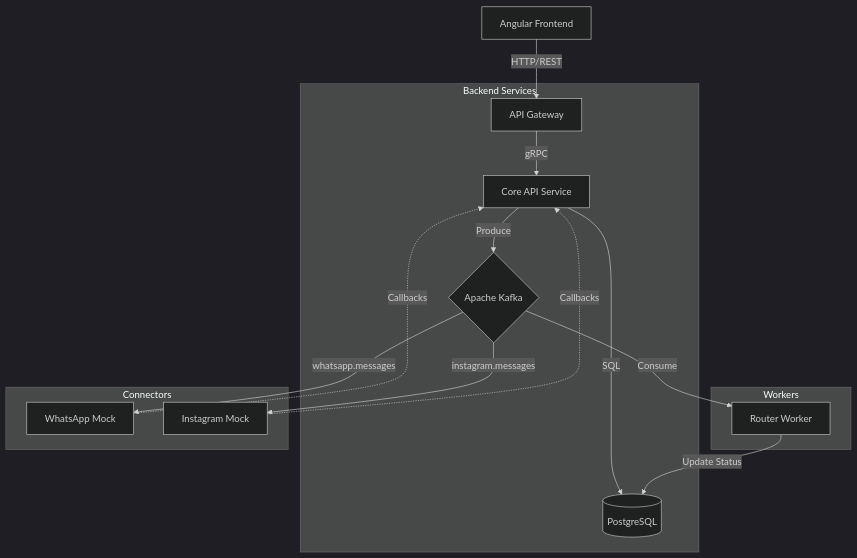
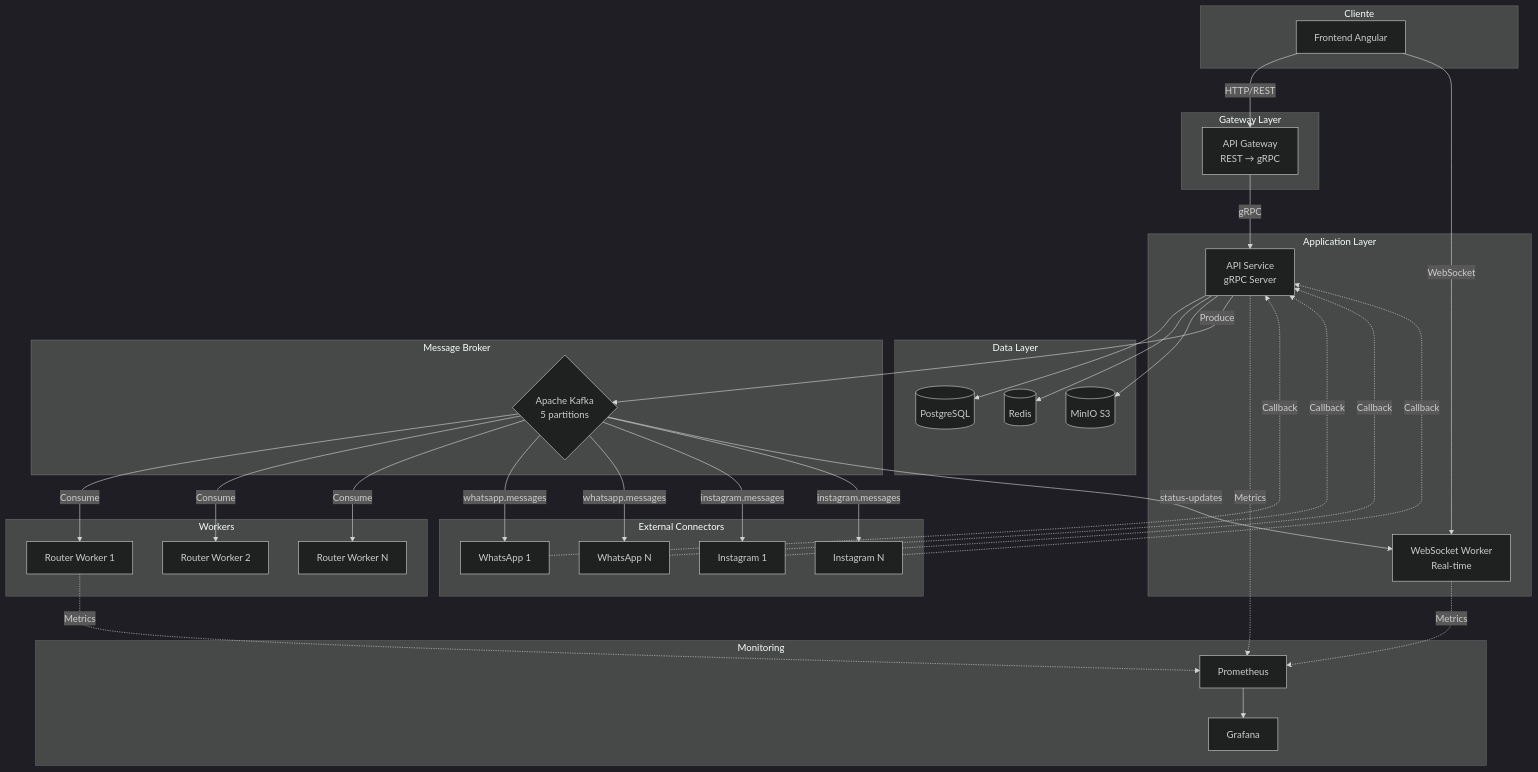
One commit to halysschreiner/chat4all changed the first of 3 diagrams in README.md. Above: the diagram before and after it, drawn with Mermaid (dark theme). The commit also changed other lines of this file and 64 other files, not shown here.

````diff
--- a/README.md
+++ b/README.md
@@ -11,22 +62,72 @@
 ```mermaid
-graph TD
-    Client[Angular Frontend] -->|HTTP/REST| Gateway[API Gateway]
+graph TB
+    subgraph "Cliente"
+        Web[Frontend Angular]
+    end
     
-    subgraph "Backend Services"
-        Gateway -->|gRPC| APIService[Core API Service]
-        APIService -->|SQL| DB[(PostgreSQL)]
-        APIService -->|Produce| Kafka{Apache Kafka}
+    subgraph "Gateway Layer"
+        Gateway[API Gateway<br/>REST → gRPC]
+    end
+    
+    subgraph "Application Layer"
+        API[API Service<br/>gRPC Server]
+        WS[WebSocket Worker<br/>Real-time]
+    end
+    
+    subgraph "Data Layer"
+        DB[(PostgreSQL)]
+        Cache[(Redis)]
+        Storage[(MinIO S3)]
+    end
+    
+    subgraph "Message Broker"
+        Kafka{Apache Kafka<br/>5 partitions}
     end
     
     subgraph "Workers"
-        Kafka -->|Consume| RouterWorker[Router Worker]
-        RouterWorker -->|Update Status| DB
+        W1[Router Worker 1]
+        W2[Router Worker 2]
+        W3[Router Worker N]
     end
     
-    subgraph "Connectors"
-        Kafka -->|whatsapp.messages| WhatsApp[WhatsApp Mock]
-        Kafka -->|instagram.messages| Instagram[Instagram Mock]
-        WhatsApp -.Callbacks.-> APIService
-        Instagram -.Callbacks.-> APIService
+    subgraph "External Connectors"
+        WA1[WhatsApp 1]
+        WA2[WhatsApp N]
+        IG1[Instagram 1]
+        IG2[Instagram N]
     end
+    
+    subgraph "Monitoring"
+        Prom[Prometheus]
+        Graf[Grafana]
+    end
+    
+    Web -->|HTTP/REST| Gateway
+    Web -->|WebSocket| WS
+    Gateway -->|gRPC| API
+    API --> DB
+    API --> Cache
+    API --> Storage
+    API -->|Produce| Kafka
+    
+    Kafka -->|Consume| W1
+    Kafka -->|Consume| W2
+    Kafka -->|Consume| W3
+    
+    Kafka -->|whatsapp.messages| WA1
+    Kafka -->|whatsapp.messages| WA2
+    Kafka -->|instagram.messages| IG1
+    Kafka -->|instagram.messages| IG2
+    
+    Kafka -->|status-updates| WS
+    
+    WA1 -.Callback.-> API
+    WA2 -.Callback.-> API
+    IG1 -.Callback.-> API
+    IG2 -.Callback.-> API
+    
+    API -.Metrics.-> Prom
+    W1 -.Metrics.-> Prom
+    WS -.Metrics.-> Prom
+    Prom --> Graf
 ```
````
